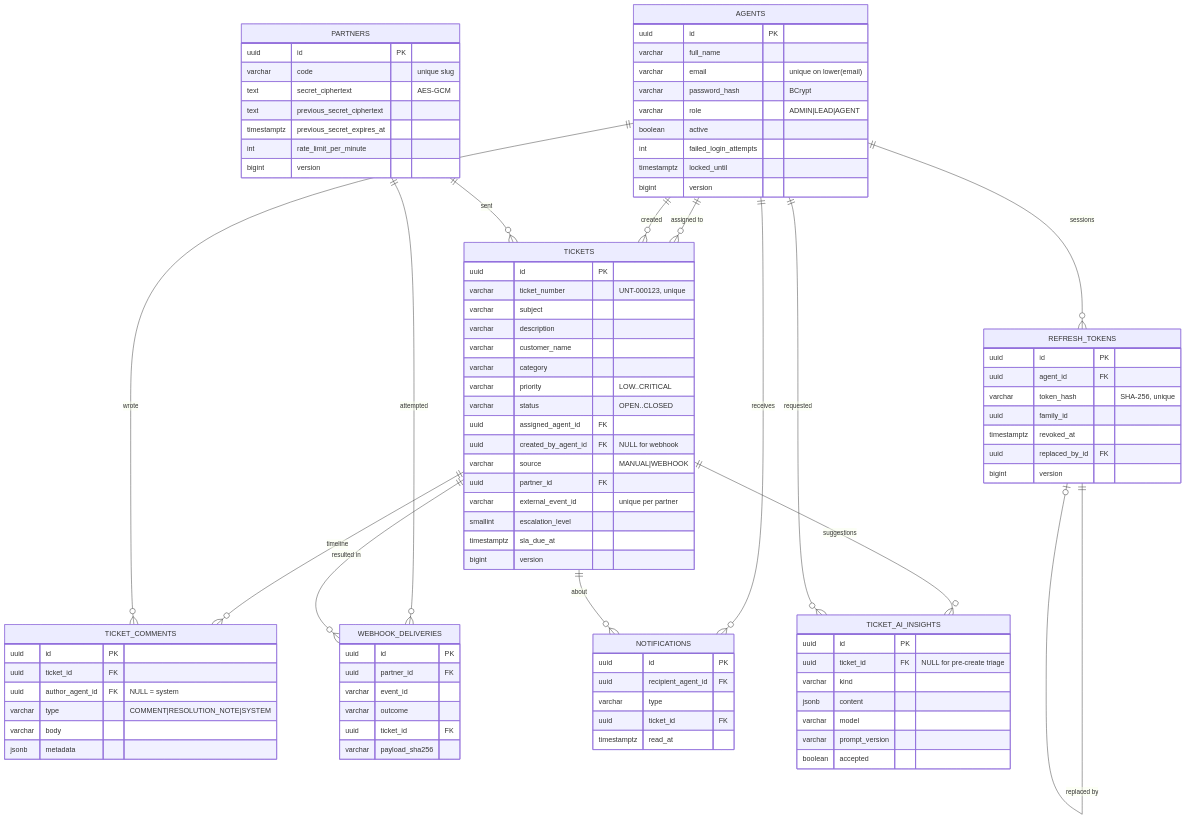
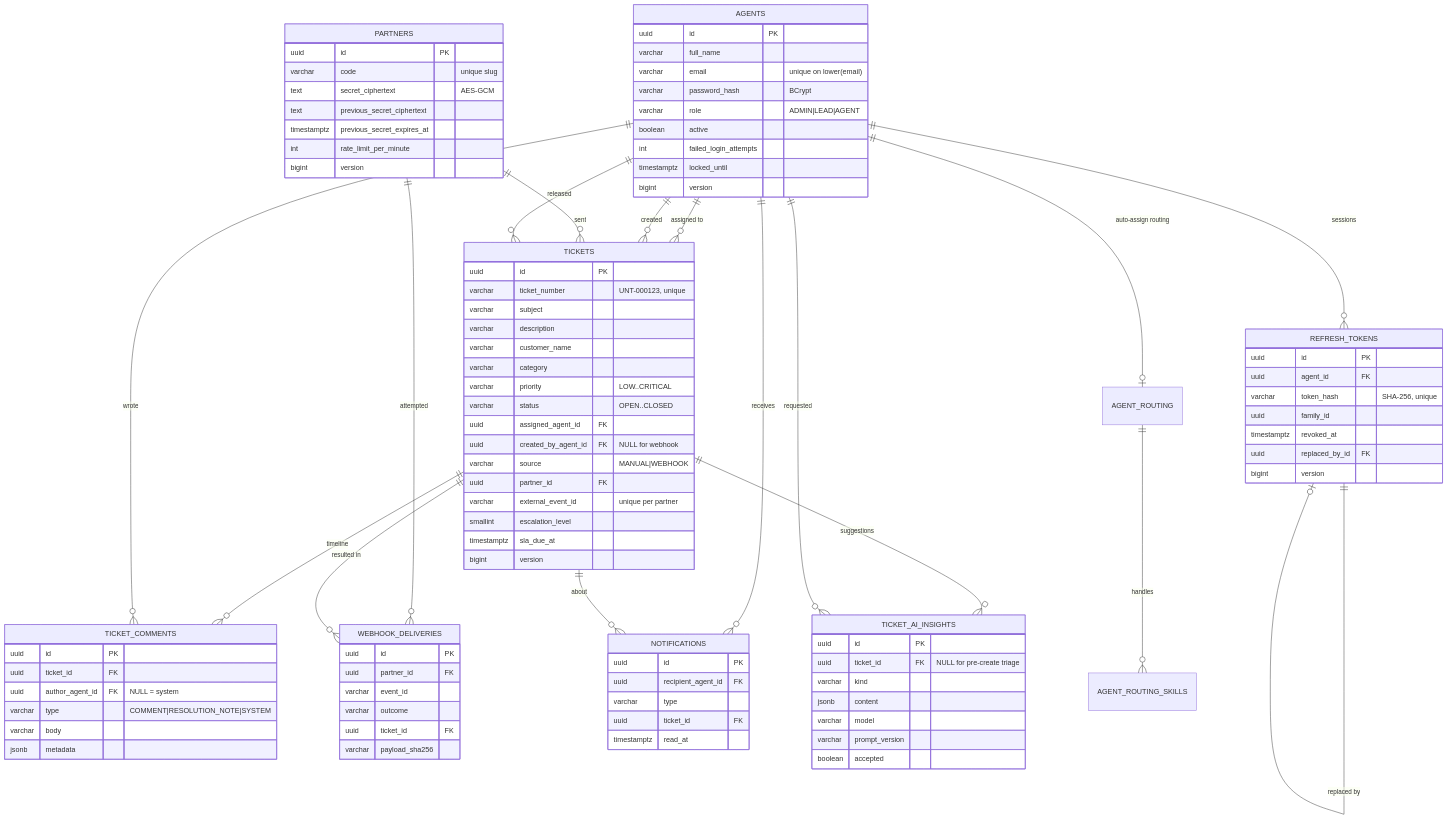
One commit to ankan123basu/Untangle changed the diagram in docs/database.md. Above: the diagram before and after it, drawn with Mermaid. The commit also changed other lines of this file and 40 other files, not shown here.

First line of the commit message:
feat(assignment): auto-assign waiting tickets to the least busy agent

```diff
--- a/docs/database.md
+++ b/docs/database.md
@@ -58,6 +58,9 @@
     TICKETS ||--o{ NOTIFICATIONS : "about"
     TICKETS ||--o{ TICKET_AI_INSIGHTS : "suggestions"
     AGENTS ||--o{ TICKET_AI_INSIGHTS : "requested"
+    AGENTS ||--o| AGENT_ROUTING : "auto-assign routing"
+    AGENT_ROUTING ||--o{ AGENT_ROUTING_SKILLS : "handles"
+    AGENTS ||--o{ TICKETS : "released"
 
     AGENTS {
         uuid id PK
```
